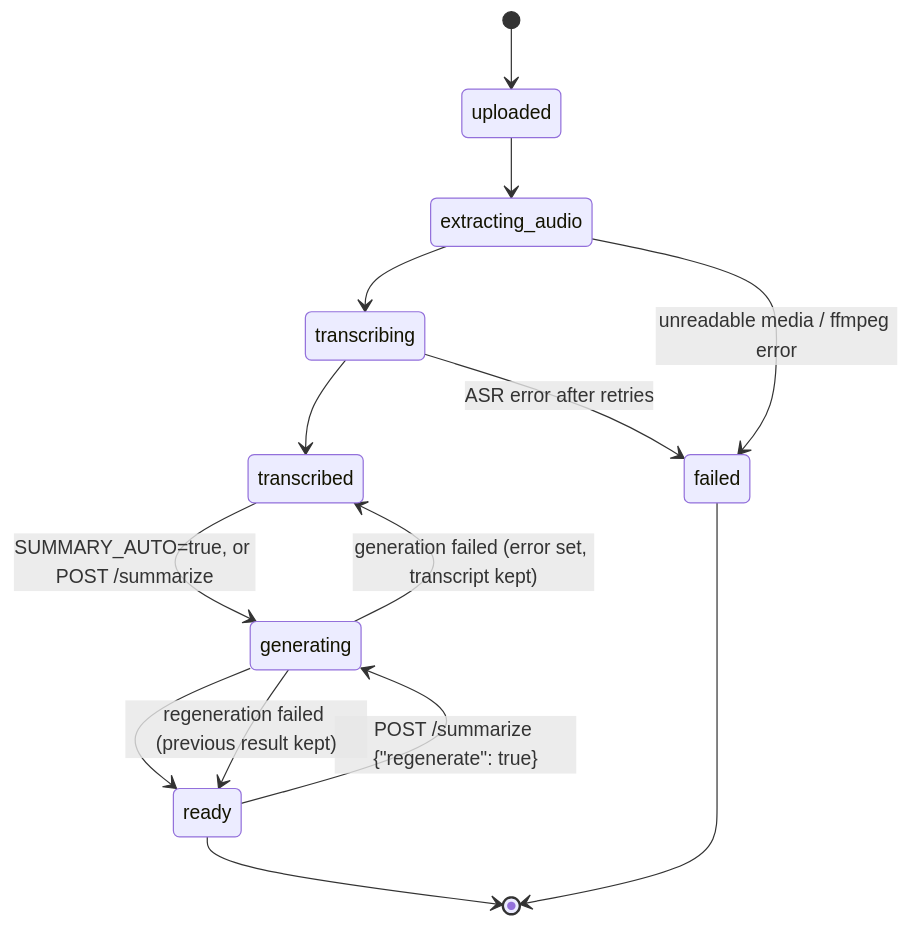
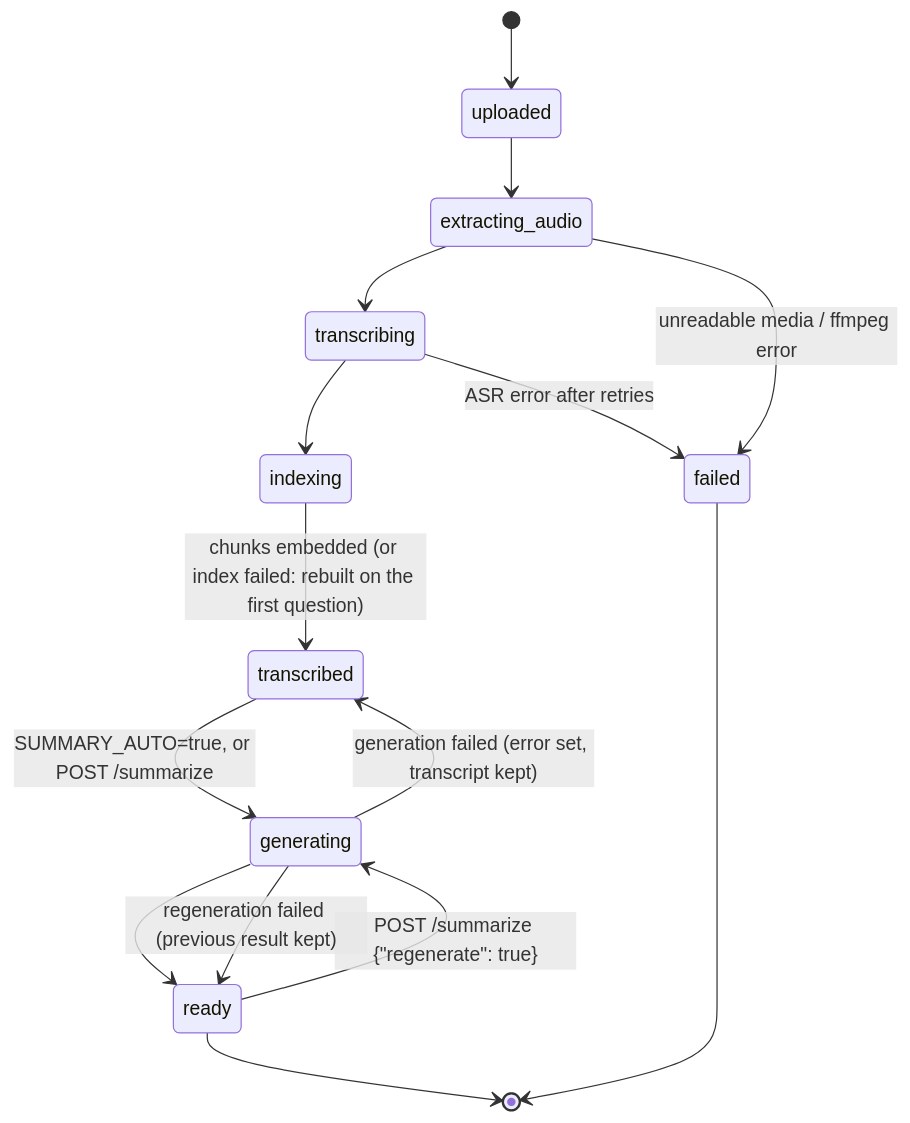
One commit to pranavshinde16/AI-study-buddy changed the third of 3 diagrams in docs/architecture.md. Above: the diagram before and after it, drawn with Mermaid. The commit also changed other lines of this file and 41 other files, not shown here.

````diff
--- a/docs/architecture.md
+++ b/docs/architecture.md
@@ -103,16 +112,17 @@
 ```mermaid
 stateDiagram-v2
   [*] --> uploaded
   uploaded --> extracting_audio
   extracting_audio --> transcribing
   extracting_audio --> failed: unreadable media / ffmpeg error
-  transcribing --> transcribed
+  transcribing --> indexing
   transcribing --> failed: ASR error after retries
+  indexing --> transcribed: chunks embedded (or index failed: rebuilt on the first question)
   transcribed --> generating: SUMMARY_AUTO=true, or POST /summarize
   generating --> ready
   generating --> transcribed: generation failed (error set, transcript kept)
   ready --> generating: POST /summarize {"regenerate": true}
   generating --> ready: regeneration failed (previous result kept)
   ready --> [*]
   failed --> [*]
 ```
````
